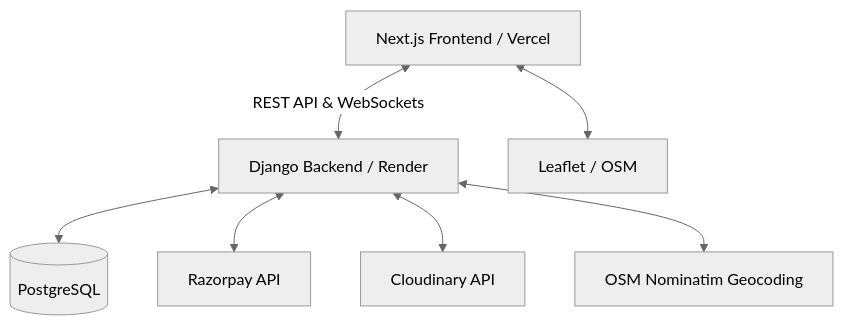
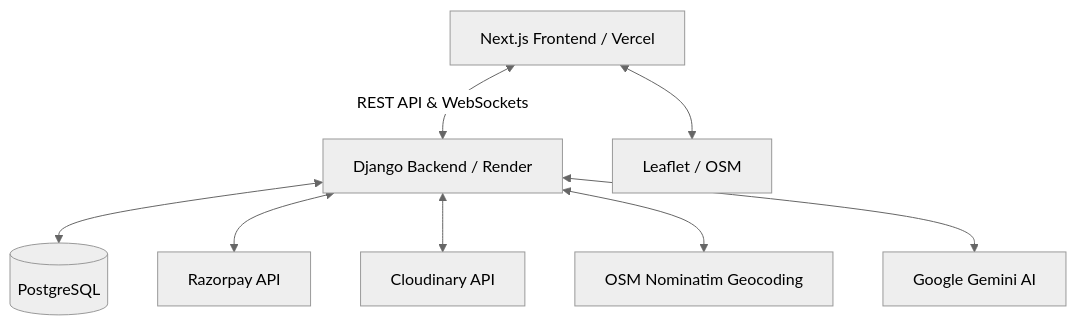
The diagram in docs/HLD.md (Abhay0p/RentEase), drawn with Mermaid (neutral theme) before and after one commit. The commit also changed other lines of this file and 3 other files, not shown here.

````diff
--- a/docs/HLD.md
+++ b/docs/HLD.md
@@ -7,9 +7,10 @@
 ```mermaid
 graph TD
     Client[Next.js Frontend / Vercel] <-->|REST API & WebSockets| API[Django Backend / Render]
     API <--> DB[(PostgreSQL)]
     API <--> Razorpay[Razorpay API]
     API <--> Cloudinary[Cloudinary API]
     API <--> Nominatim[OSM Nominatim Geocoding]
+    API <--> Gemini[Google Gemini AI]
     Client <--> Leaflet[Leaflet / OSM]
 ```
````
